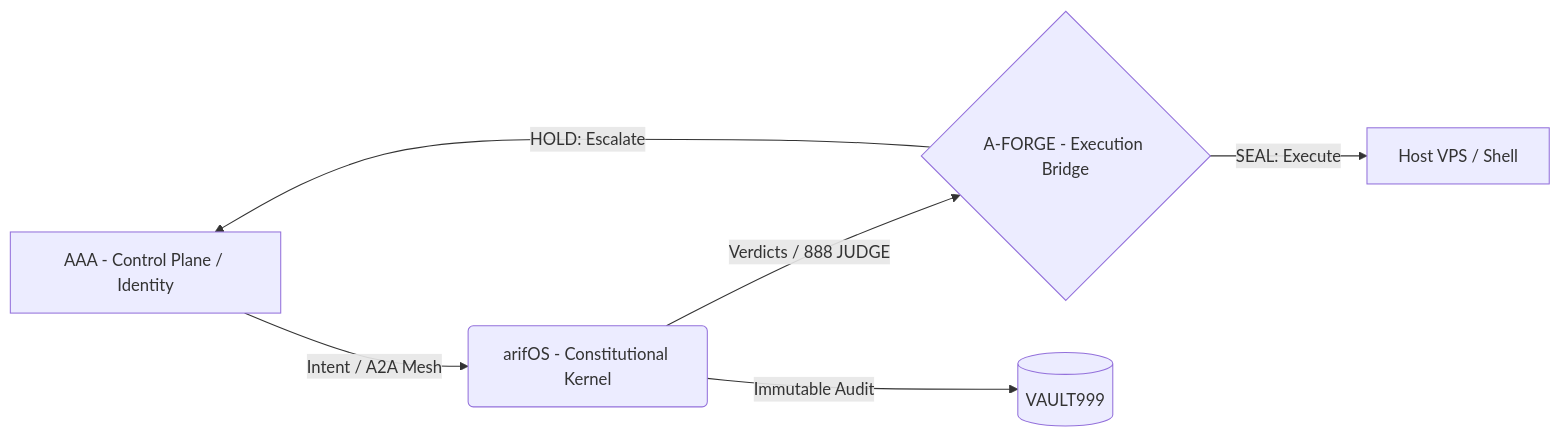
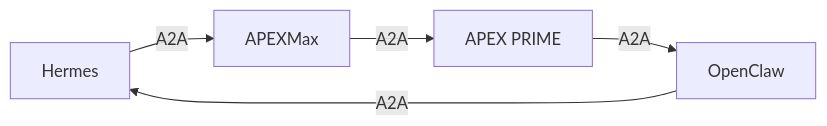
The diagram in README.md (ariffazil/AAA), drawn with Mermaid before and after one commit. The commit also changed other lines of this file and 3 other files, not shown here.

````diff
--- a/README.md
+++ b/README.md
@@ -34,8 +201,7 @@
 ```mermaid
 graph LR
-    A[AAA - Control Plane / Identity] -->|Intent / A2A Mesh| B(arifOS - Constitutional Kernel)
-    B -->|Verdicts / 888 JUDGE| C{A-FORGE - Execution Bridge}
-    C -->|SEAL: Execute| D[Host VPS / Shell]
-    C -->|HOLD: Escalate| A
-    B -->|Immutable Audit| E[(VAULT999)]
+    A[Hermes] -->|A2A| B[APEXMax]
+    B -->|A2A| C[APEX PRIME]
+    C -->|A2A| D[OpenClaw]
+    D -->|A2A| A
 ```
````
